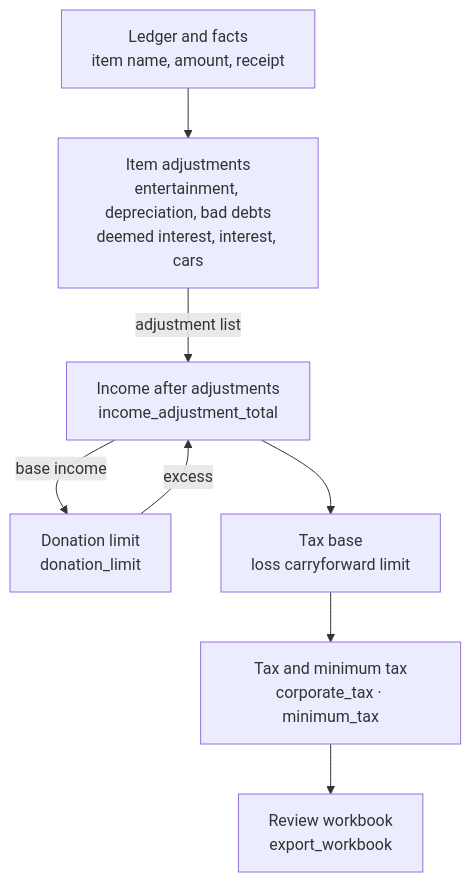
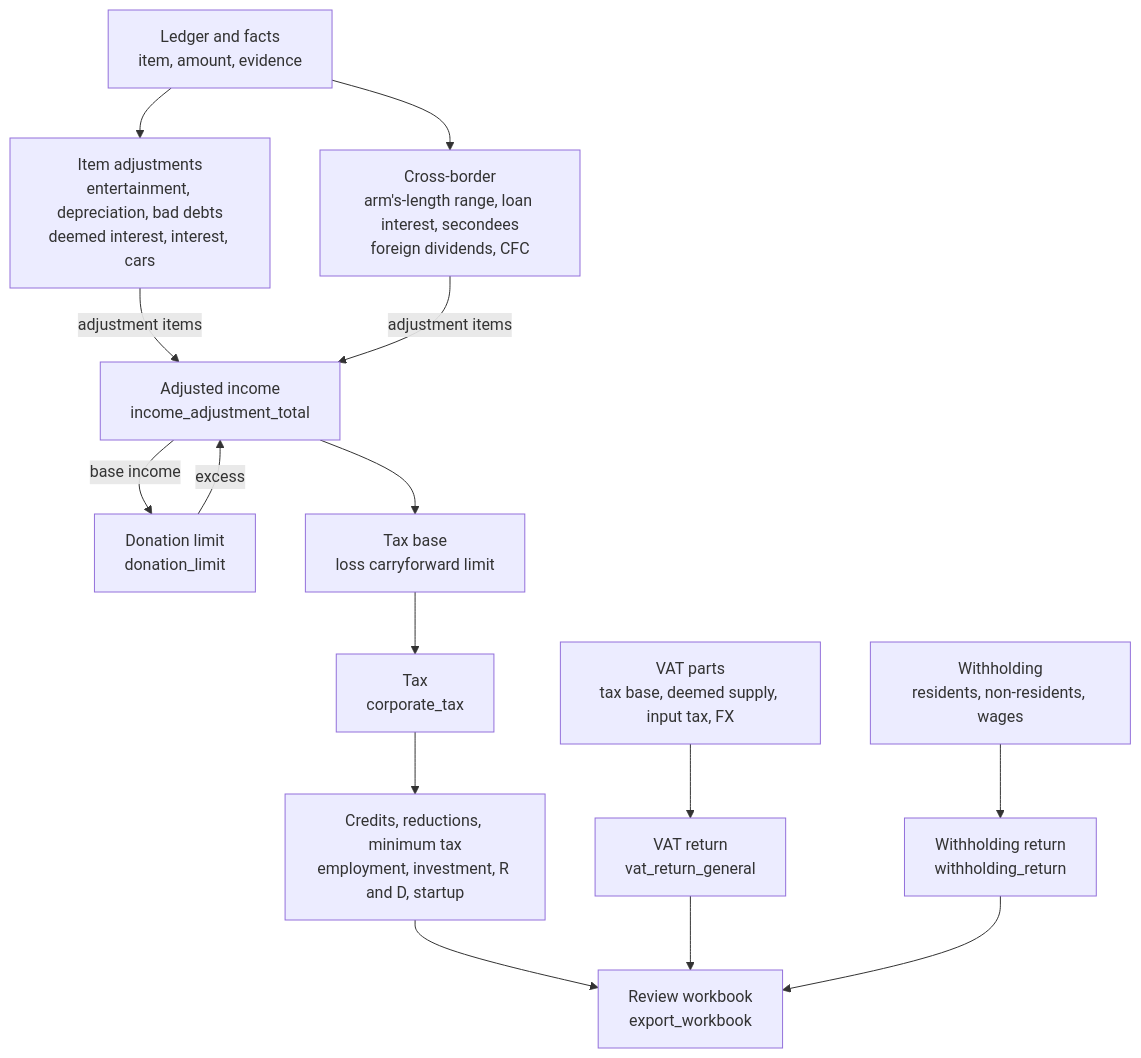
The second of 2 diagrams in README-EN.md (UpstageAI/korean-tax-calc-mcp), drawn with Mermaid before and after one commit. The commit also changed other lines of this file and 4 other files, not shown here.

````diff
--- a/README-EN.md
+++ b/README-EN.md
@@ -35,10 +40,15 @@
 ```mermaid
 flowchart TD
-  L["Ledger and facts<br/>item name, amount, receipt"] --> A["Item adjustments<br/>entertainment, depreciation, bad debts<br/>deemed interest, interest, cars"]
-  A -->|adjustment list| T["Income after adjustments<br/>income_adjustment_total"]
+  L["Ledger and facts<br/>item, amount, evidence"] --> A["Item adjustments<br/>entertainment, depreciation, bad debts<br/>deemed interest, interest, cars"]
+  L --> I["Cross-border<br/>arm's-length range, loan interest, secondees<br/>foreign dividends, CFC"]
+  A -->|adjustment items| T["Adjusted income<br/>income_adjustment_total"]
+  I -->|adjustment items| T
   T -->|base income| D["Donation limit<br/>donation_limit"]
   D -->|excess| T
   T --> B["Tax base<br/>loss carryforward limit"]
-  B --> C["Tax and minimum tax<br/>corporate_tax · minimum_tax"]
-  C --> X["Review workbook<br/>export_workbook"]
+  B --> C["Tax<br/>corporate_tax"]
+  C --> G["Credits, reductions, minimum tax<br/>employment, investment, R and D, startup"]
+  G --> X["Review workbook<br/>export_workbook"]
+  V1["VAT parts<br/>tax base, deemed supply, input tax, FX"] --> V2["VAT return<br/>vat_return_general"] --> X
+  W1["Withholding<br/>residents, non-residents, wages"] --> W2["Withholding return<br/>withholding_return"] --> X
 ```
````
